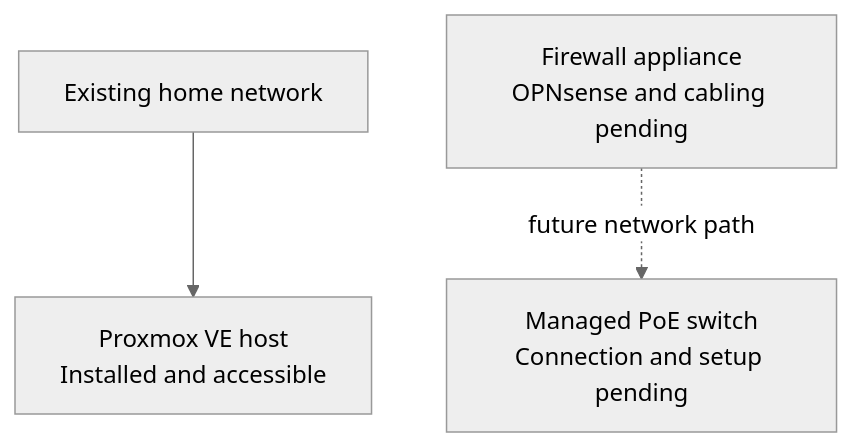
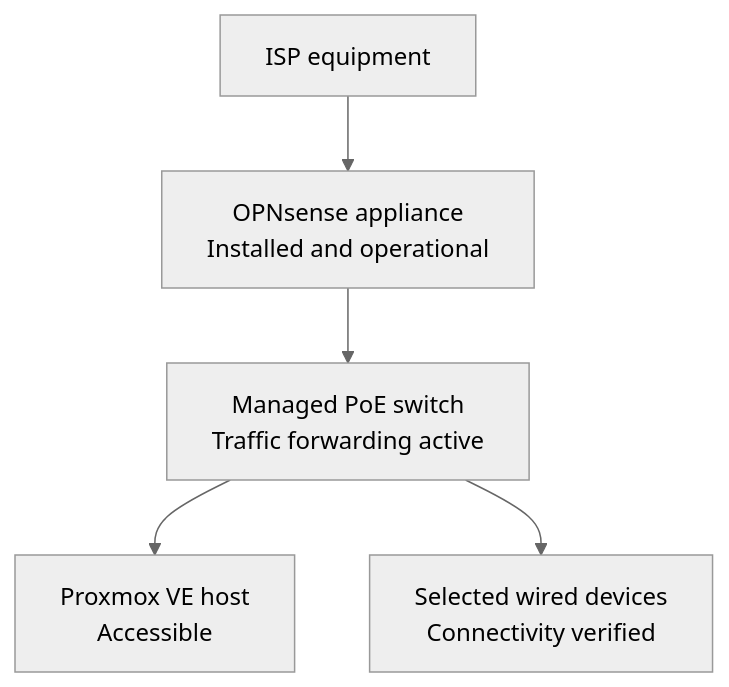
Before and after one commit to DeadPol8789/homelab: the first of 2 diagrams in docs/physical-setup.md, drawn with Mermaid (neutral theme). The commit also changed other lines of this file and 8 other files, not shown here.

First line of the commit message:
Document operational HomeLab network foundation (#1)

````diff
--- a/docs/physical-setup.md
+++ b/docs/physical-setup.md
@@ -46,9 +44,7 @@
 ```mermaid
 flowchart TD
-    NET["Existing home network"] --> PVE["Proxmox VE host<br/>Installed and accessible"]
-
-    FW["Firewall appliance<br/>OPNsense and cabling pending"]
-    SW["Managed PoE switch<br/>Connection and setup pending"]
-
-    FW -. "future network path" .-> SW
+    ISP["ISP equipment"] --> FW["OPNsense appliance<br/>Installed and operational"]
+    FW --> SW["Managed PoE switch<br/>Traffic forwarding active"]
+    SW --> PVE["Proxmox VE host<br/>Accessible"]
+    SW --> DEV["Selected wired devices<br/>Connectivity verified"]
 ```
````
